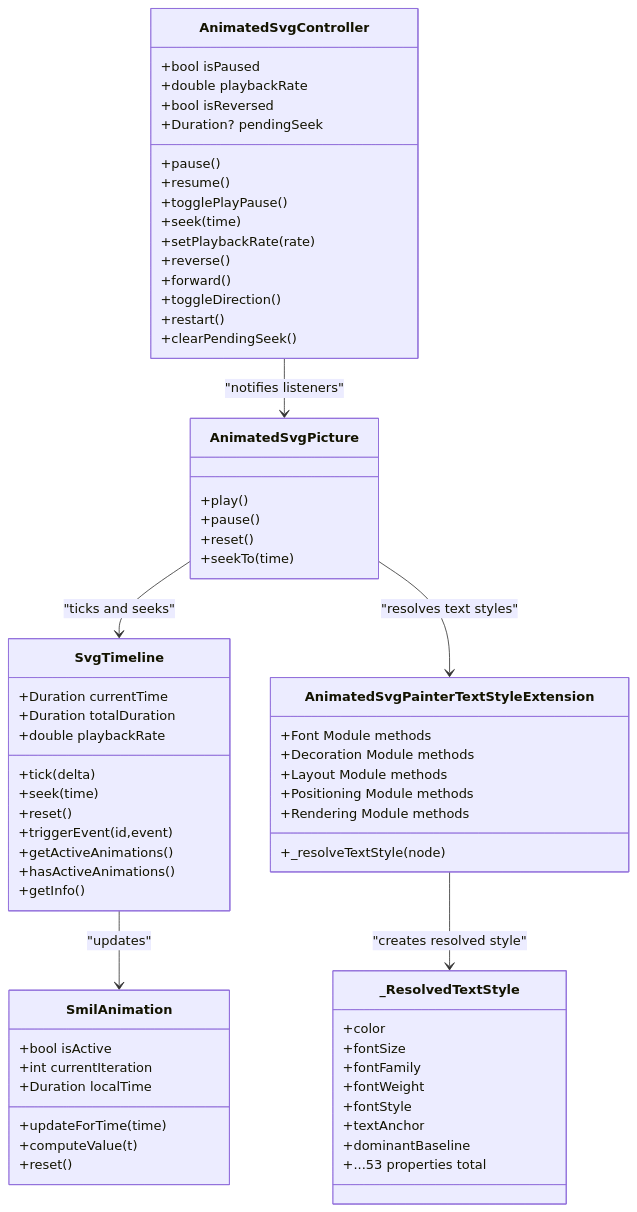
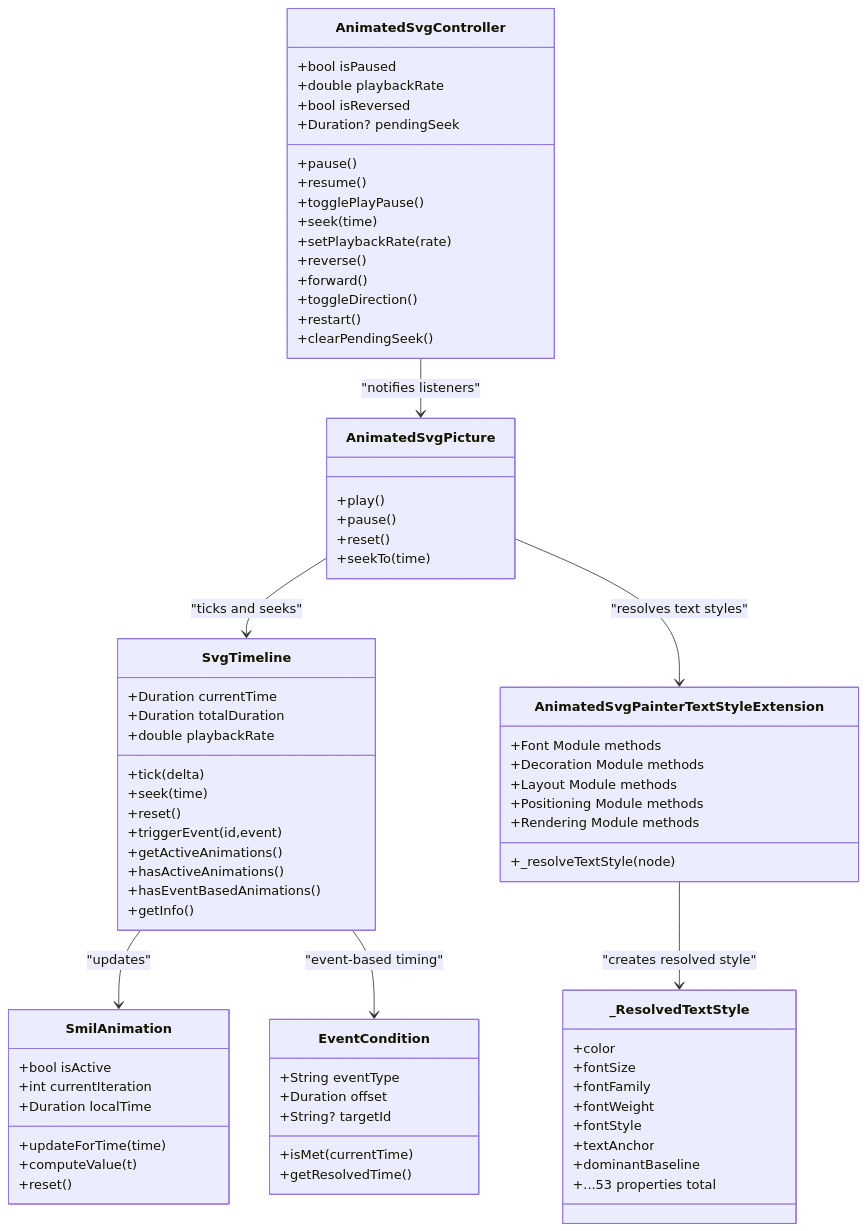
One commit to denisnadey/flutter_full_svg_support changed the fourth of 4 diagrams in .qoder/repowiki/en/content/API Reference/Animation APIs.md. Above: the diagram before and after it, drawn with Mermaid. The commit also changed other lines of this file and 2 other files, not shown here.

First line of the commit message:
feat(animation): enhance event-driven animation detection and controller lifecycle

````diff
--- a/.qoder/repowiki/en/content/API Reference/Animation APIs.md
+++ b/.qoder/repowiki/en/content/API Reference/Animation APIs.md
@@ -352,68 +408,77 @@
 ```mermaid
 classDiagram
 class AnimatedSvgController {
 +bool isPaused
 +double playbackRate
 +bool isReversed
 +Duration? pendingSeek
 +pause()
 +resume()
 +togglePlayPause()
 +seek(time)
 +setPlaybackRate(rate)
 +reverse()
 +forward()
 +toggleDirection()
 +restart()
 +clearPendingSeek()
 }
 class AnimatedSvgPicture {
 +play()
 +pause()
 +reset()
 +seekTo(time)
 }
 class SvgTimeline {
 +Duration currentTime
 +Duration totalDuration
 +double playbackRate
 +tick(delta)
 +seek(time)
 +reset()
 +triggerEvent(id,event)
 +getActiveAnimations()
 +hasActiveAnimations()
++hasEventBasedAnimations()
 +getInfo()
 }
 class SmilAnimation {
 +bool isActive
 +int currentIteration
 +Duration localTime
 +updateForTime(time)
 +computeValue(t)
 +reset()
+}
+class EventCondition {
++String eventType
++Duration offset
++String? targetId
++isMet(currentTime)
++getResolvedTime()
 }
 class AnimatedSvgPainterTextStyleExtension {
 +_resolveTextStyle(node)
 +Font Module methods
 +Decoration Module methods
 +Layout Module methods
 +Positioning Module methods
 +Rendering Module methods
 }
 class _ResolvedTextStyle {
 +color
 +fontSize
 +fontFamily
 +fontWeight
 +fontStyle
 +textAnchor
 +dominantBaseline
 +...53 properties total
 }
 AnimatedSvgController --> AnimatedSvgPicture : "notifies listeners"
 AnimatedSvgPicture --> SvgTimeline : "ticks and seeks"
 AnimatedSvgPicture --> AnimatedSvgPainterTextStyleExtension : "resolves text styles"
 AnimatedSvgPainterTextStyleExtension --> _ResolvedTextStyle : "creates resolved style"
 SvgTimeline --> SmilAnimation : "updates"
+SvgTimeline --> EventCondition : "event-based timing"
 ```
````
